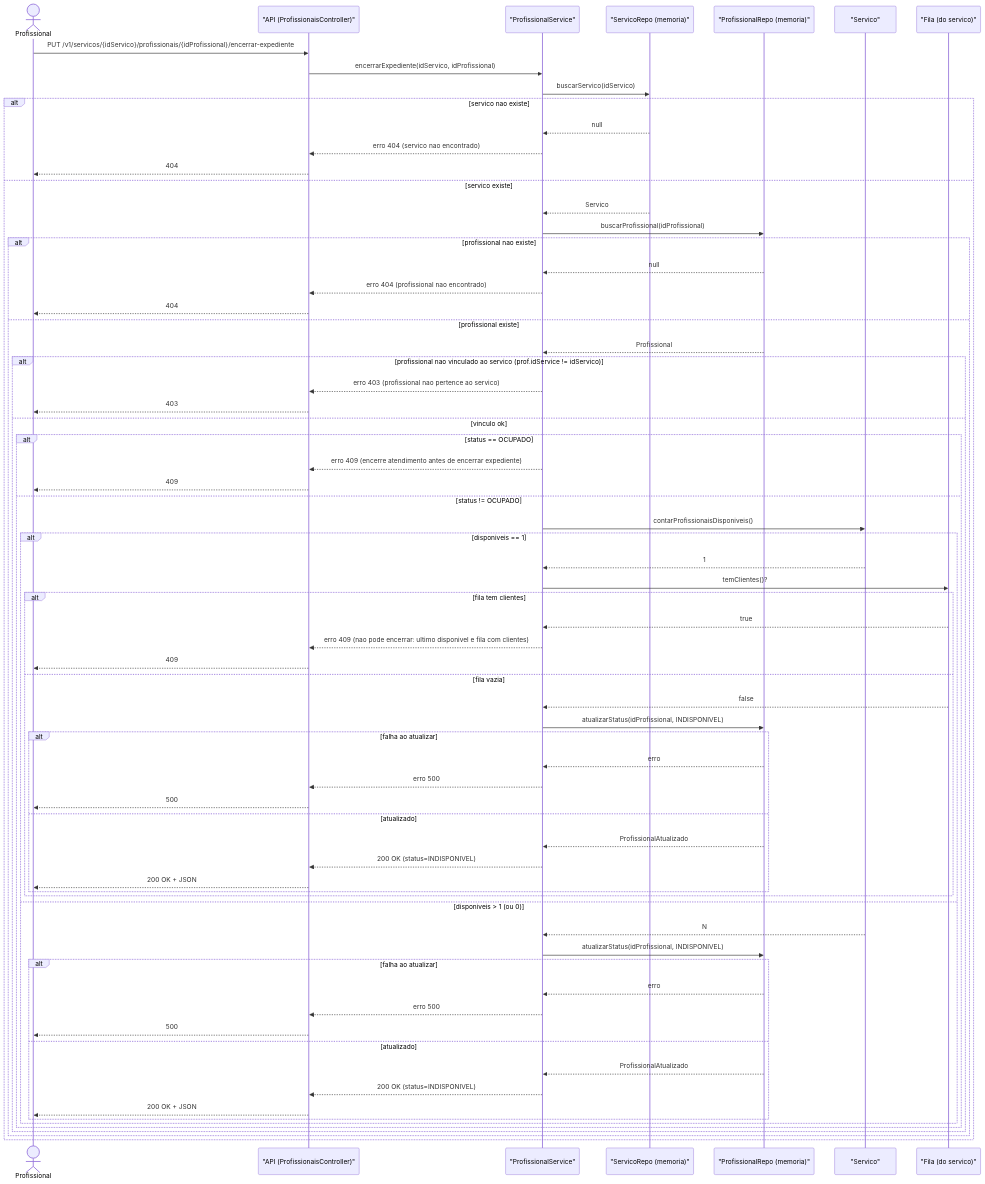
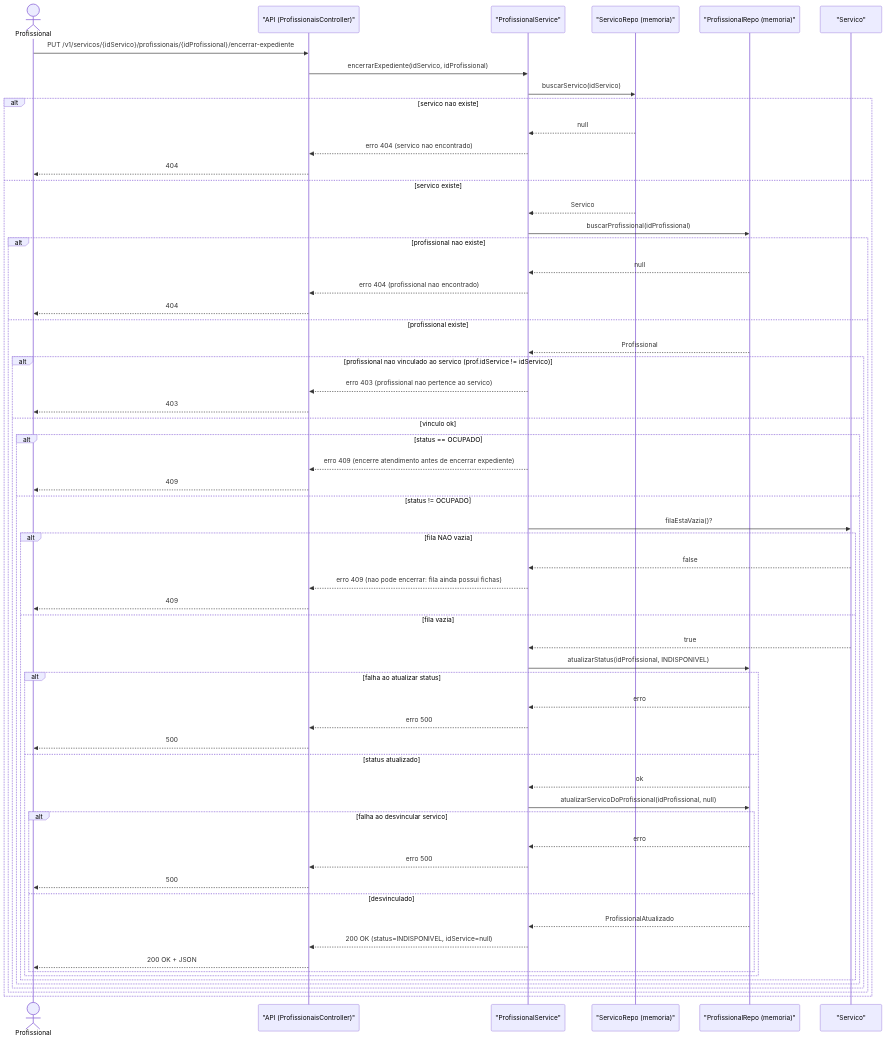
Before and after one commit to IsabelaSiqueira1/systemPDI: the seventh of 11 diagrams in docs/sequence_diagram.md, drawn with Mermaid. The commit also changed other lines of this file and 3 other files, not shown here.

Commit message:
atualização dos diagramas de classe e sequência, incluindo novas classes, atributos e ajustes nos requisitos para cadastro e gerenciamento de profissionais

````diff
--- a/docs/sequence_diagram.md
+++ b/docs/sequence_diagram.md
@@ -599,78 +609,69 @@
 ```mermaid
 
 sequenceDiagram
     actor Prof as Profissional
     participant API as "API (ProfissionaisController)"
     participant SVC as "ProfissionalService"
     participant SRepo as "ServicoRepo (memoria)"
     participant PRepo as "ProfissionalRepo (memoria)"
     participant Serv as "Servico"
-    participant Fila as "Fila (do servico)"
 
     Prof->>API: PUT /v1/servicos/{idServico}/profissionais/{idProfissional}/encerrar-expediente
     API->>SVC: encerrarExpediente(idServico, idProfissional)
 
     SVC->>SRepo: buscarServico(idServico)
     alt servico nao existe
         SRepo-->>SVC: null
         SVC-->>API: erro 404 (servico nao encontrado)
         API-->>Prof: 404
     else servico existe
         SRepo-->>SVC: Servico
 
         SVC->>PRepo: buscarProfissional(idProfissional)
         alt profissional nao existe
             PRepo-->>SVC: null
             SVC-->>API: erro 404 (profissional nao encontrado)
             API-->>Prof: 404
         else profissional existe
             PRepo-->>SVC: Profissional
 
             alt profissional nao vinculado ao servico (prof.idService != idServico)
                 SVC-->>API: erro 403 (profissional nao pertence ao servico)
                 API-->>Prof: 403
             else vinculo ok
                 alt status == OCUPADO
                     SVC-->>API: erro 409 (encerre atendimento antes de encerrar expediente)
                     API-->>Prof: 409
                 else status != OCUPADO
-                    %% regra extra: nao pode deixar fila sem atendente disponivel
-                    SVC->>Serv: contarProfissionaisDisponiveis()
-                    alt disponiveis == 1
-                        Serv-->>SVC: 1
-                        SVC->>Fila: temClientes()?
-                        alt fila tem clientes
-                            Fila-->>SVC: true
-                            SVC-->>API: erro 409 (nao pode encerrar: ultimo disponivel e fila com clientes)
-                            API-->>Prof: 409
-                        else fila vazia
-                            Fila-->>SVC: false
-                            SVC->>PRepo: atualizarStatus(idProfissional, INDISPONIVEL)
-                            alt falha ao atualizar
+                    SVC->>Serv: filaEstaVazia()?
+                    alt fila NAO vazia
+                        Serv-->>SVC: false
+                        SVC-->>API: erro 409 (nao pode encerrar: fila ainda possui fichas)
+                        API-->>Prof: 409
+                    else fila vazia
+                        Serv-->>SVC: true
+
+                        SVC->>PRepo: atualizarStatus(idProfissional, INDISPONIVEL)
+                        alt falha ao atualizar status
+                            PRepo-->>SVC: erro
+                            SVC-->>API: erro 500
+                            API-->>Prof: 500
+                        else status atualizado
+                            PRepo-->>SVC: ok
+                            SVC->>PRepo: atualizarServicoDoProfissional(idProfissional, null)
+                            alt falha ao desvincular servico
                                 PRepo-->>SVC: erro
                                 SVC-->>API: erro 500
                                 API-->>Prof: 500
-                            else atualizado
+                            else desvinculado
                                 PRepo-->>SVC: ProfissionalAtualizado
-                                SVC-->>API: 200 OK (status=INDISPONIVEL)
+                                SVC-->>API: 200 OK (status=INDISPONIVEL, idService=null)
                                 API-->>Prof: 200 OK + JSON
                             end
-                        end
-                    else disponiveis > 1 (ou 0)
-                        Serv-->>SVC: N
-                        SVC->>PRepo: atualizarStatus(idProfissional, INDISPONIVEL)
-                        alt falha ao atualizar
-                            PRepo-->>SVC: erro
-                            SVC-->>API: erro 500
-                            API-->>Prof: 500
-                        else atualizado
-                            PRepo-->>SVC: ProfissionalAtualizado
-                            SVC-->>API: 200 OK (status=INDISPONIVEL)
-                            API-->>Prof: 200 OK + JSON
                         end
                     end
                 end
             end
         end
     end
 ```
````
